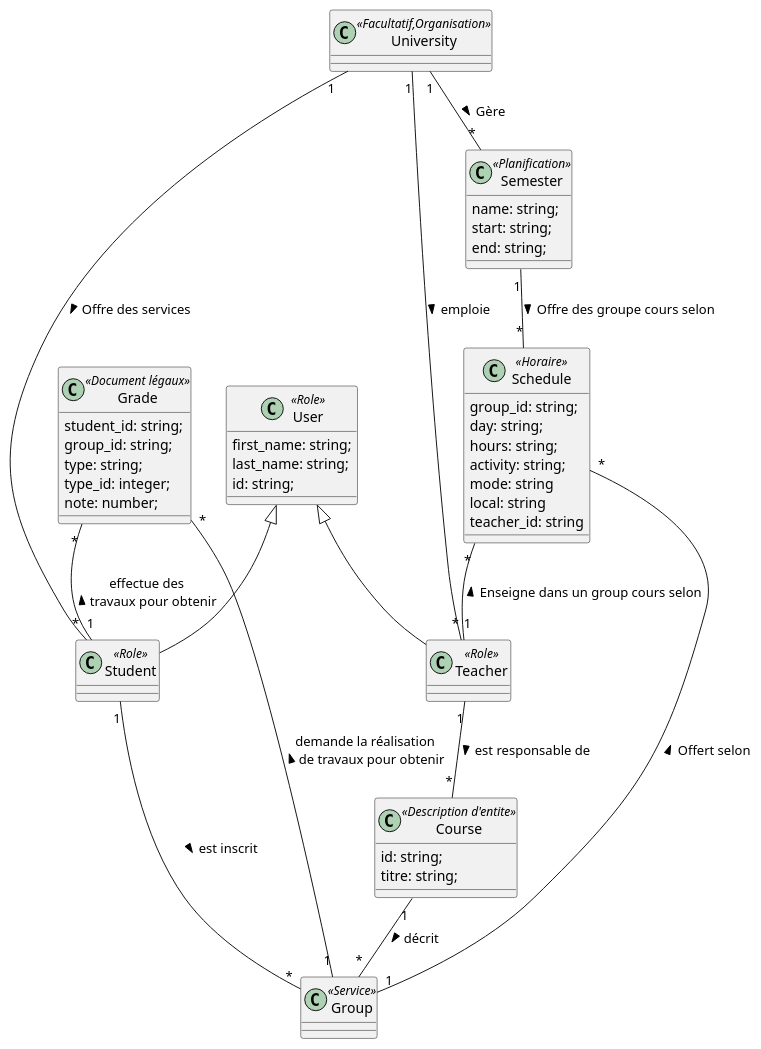
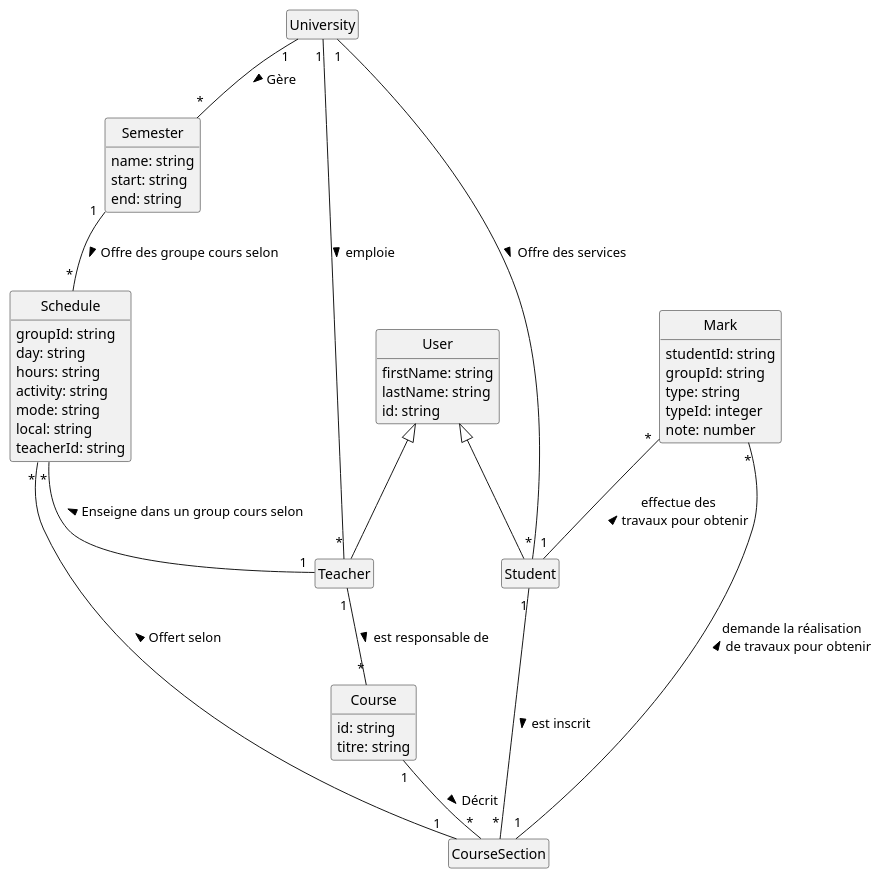
Before and after one commit to profcfuhrmanets/log210-systeme-gestion-bordereau-node-express-ts: the diagram in docs/mdd.puml, drawn with PlantUML.

Commit message:
clean up mdd

```diff
--- a/docs/mdd.puml
+++ b/docs/mdd.puml
@@ -1,60 +1,60 @@
 @startuml MDD
+skinparam style strictuml
+hide empty members
 
-class Semester <<Planification>>  {
-  name: string;
-  start: string;
-  end: string;
+class Semester {
+  name: string
+  start: string
+  end: string
 }
-class User <<Role>> {
-  first_name: string;
-  last_name: string;
-  id: string;
+class User {
+  firstName: string
+  lastName: string
+  id: string
 }
 
-class Group <<Service>>
+' traduction de groupe-cours est Section
+class "CourseSection" as Group 
 
-class Schedule <<Horaire>> {
-  group_id: string;
-  day: string;
-  hours: string;
-  activity: string;
+class Schedule {
+  groupId: string
+  day: string
+  hours: string
+  activity: string
   mode: string
   local: string
-  teacher_id: string
+  teacherId: string
 }
 
- class Course <<Description d'entite>> {
-  id: string;
-  titre: string;
+class Course {
+  id: string
+  titre: string
 }
 
-class Student <<Role>> extends User {
+class Student extends User
+
+class Teacher extends User
+
+class "Mark" as Grade {
+  studentId: string
+  groupId: string
+  type: string
+  typeId: integer
+  note: number
 }
 
-class Teacher <<Role>> extends User {
-  
-}
+class University
 
-class Grade <<Document légaux>> {
-  student_id: string;
-  group_id: string;
-  type: string;
-  type_id: integer;
-  note: number;
-}
-
-class University <<Facultatif,Organisation>>
-
-Course "1" -- "*" Group : décrit >
+Course "1" -- "*" Group : Décrit >
 Schedule "*" -- "1" Group : Offert selon <
 Schedule "*" -- "1" Teacher : Enseigne dans un group cours selon <
 Semester "1" -- "*" Schedule: Offre des groupe cours selon >
 Grade "*" --  "1" Student: effectue des\n travaux pour obtenir <
 Grade "*" -- "1" Group : demande la réalisation\nde travaux pour obtenir <
 Teacher "1" -- "*" Course: est responsable de > 
 Student "1" -- "*" Group : est inscrit >
-University "1" -r- "*" Teacher: emploie >
-University "1" -r- "*" Student: Offre des services >
-University "1" -d- "*" Semester: Gère >
+University "1" -- "*" Teacher: emploie >
+University "1" -- "*" Student: Offre des services >
+University "1" -- "*" Semester: Gère >
 
 @enduml
```
